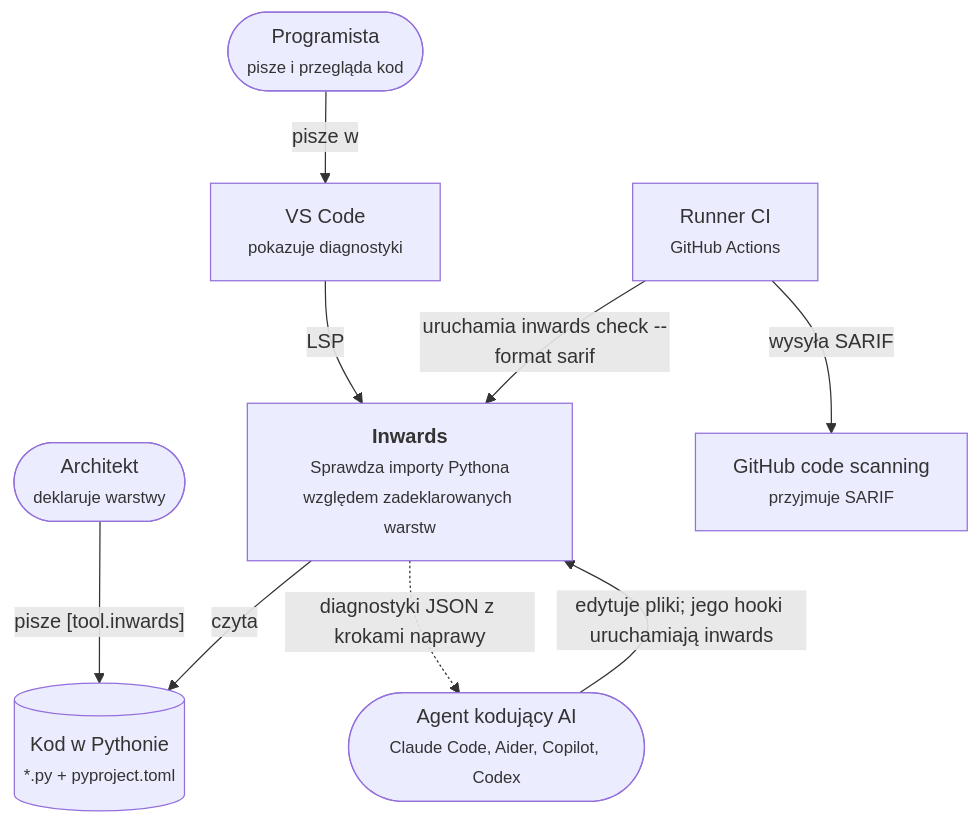
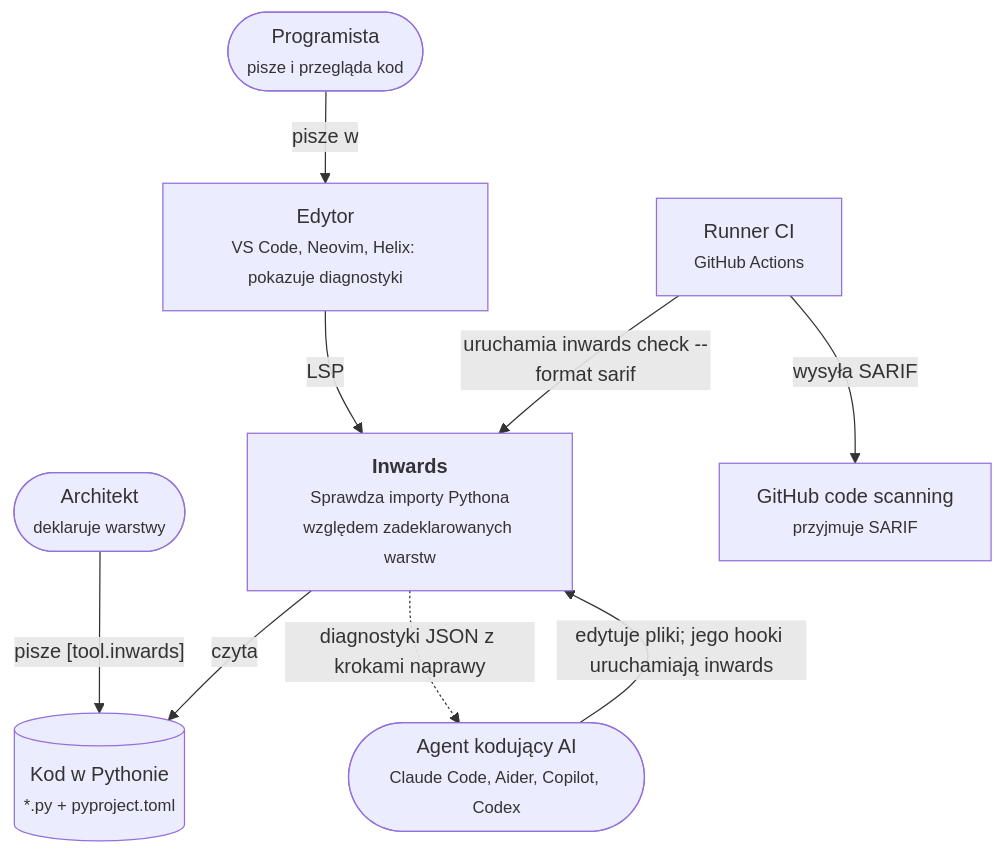
One commit to SirCypkowskyy/inwards changed the first of 6 diagrams in docs/pl/03-Architecture-C4.md. Above: the diagram before and after it, drawn with Mermaid. The commit also changed other lines of this file and 33 other files, not shown here.

````diff
--- a/docs/pl/03-Architecture-C4.md
+++ b/docs/pl/03-Architecture-C4.md
@@ -17,23 +17,23 @@
 ```mermaid
 flowchart TB
     architect(["Architekt<br/><small>deklaruje warstwy</small>"])
     dev(["Programista<br/><small>pisze i przegląda kod</small>"])
     agent(["Agent kodujący AI<br/><small>Claude Code, Aider, Copilot, Codex</small>"])
 
     inwards["<b>Inwards</b><br/><small>Sprawdza importy Pythona<br/>względem zadeklarowanych warstw</small>"]
 
     repo[("Kod w Pythonie<br/><small>*.py + pyproject.toml</small>")]
-    editor["VS Code<br/><small>pokazuje diagnostyki</small>"]
+    editor["Edytor<br/><small>VS Code, Neovim, Helix: pokazuje diagnostyki</small>"]
     ci["Runner CI<br/><small>GitHub Actions</small>"]
     scanning["GitHub code scanning<br/><small>przyjmuje SARIF</small>"]
 
     architect -- "pisze [tool.inwards]" --> repo
     agent -- "edytuje pliki; jego hooki uruchamiają inwards" --> inwards
     dev -- "pisze w" --> editor
     editor -- "LSP" --> inwards
     ci -- "uruchamia inwards check --format sarif" --> inwards
     inwards -- "czyta" --> repo
     ci -- "wysyła SARIF" --> scanning
     inwards -. "diagnostyki JSON z krokami naprawy" .-> agent
 
 ```
````
